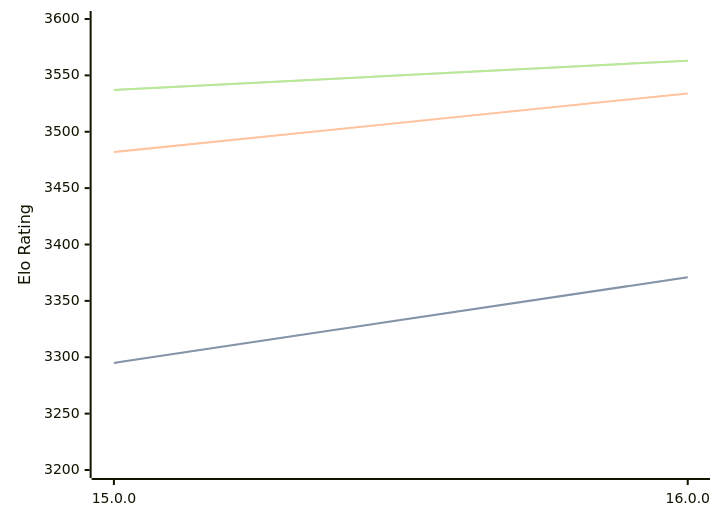
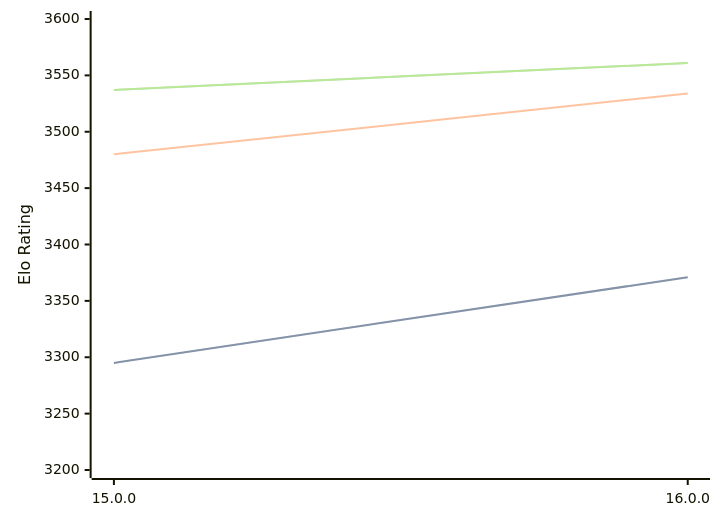
The diagram in engines/Halogen.md (computer-chess-index/cci), drawn with Mermaid before and after one commit. The commit also changed other lines of this file, not shown here.

Commit message:
Update CCI Ratings (ELO VLTC) - 2026-10-01

````diff
--- a/engines/Halogen.md
+++ b/engines/Halogen.md
@@ -32,11 +32,11 @@
 ```mermaid
 %%{init: {"theme":"base","themeVariables":{"seriesColors:['#a3a3a3','#222221','#faa371']}}}%%
 xychart-beta
   x-axis ["15.0.0", "16.0.0"]
   y-axis "Elo Rating" 3200 --> 3600
   line "" [3295, 3371]
   line "STC (8.0+0.08s)" [3295, 3371]
-  line "LTC (60.0+0.60s)" [3482, 3534]
-  line "" [3537, 3563]
-  line "VLTC (2m24s+1.12s)" [3537, 3563]
+  line "LTC (60.0+0.60s)" [3480, 3534]
+  line "" [3537, 3561]
+  line "VLTC (2m24s+1.12s)" [3537, 3561]
 ```
````
